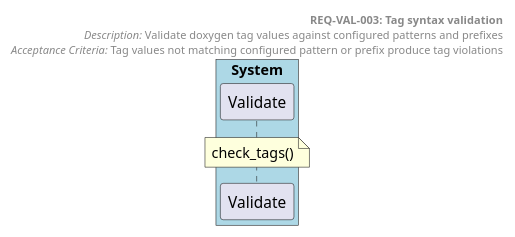
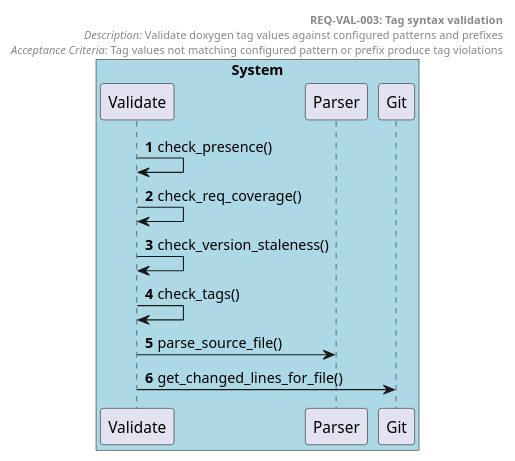
The diagram in docs/generated/sequences/REQ-VAL-003.puml (tvanfossen/doxygen-guard), drawn with PlantUML before and after one commit. The commit also changed 21 other files, not shown here.

First line of the commit message:
Resolve adversarial findings: security, observability, diagram quality, README

```diff
--- a/docs/generated/sequences/REQ-VAL-003.puml
+++ b/docs/generated/sequences/REQ-VAL-003.puml
@@ -1,16 +1,24 @@
 @startuml REQ-VAL-003 Tag syntax validation
 autonumber
 
 box "System" #LightBlue
   participant "Validate" as Validate
+  participant "Parser" as Parser
+  participant "Git" as Git
 end box
 
 header
   **REQ-VAL-003: Tag syntax validation**
   //Description:// Validate doxygen tag values against configured patterns and prefixes
   //Acceptance Criteria:// Tag values not matching configured pattern or prefix produce tag violations
 end header
 
-note over Validate: check_tags()
+
+Validate -> Validate: check_presence()
+Validate -> Validate: check_req_coverage()
+Validate -> Validate: check_version_staleness()
+Validate -> Validate: check_tags()
+Validate -> Parser: parse_source_file()
+Validate -> Git: get_changed_lines_for_file()
 
 @enduml
```
